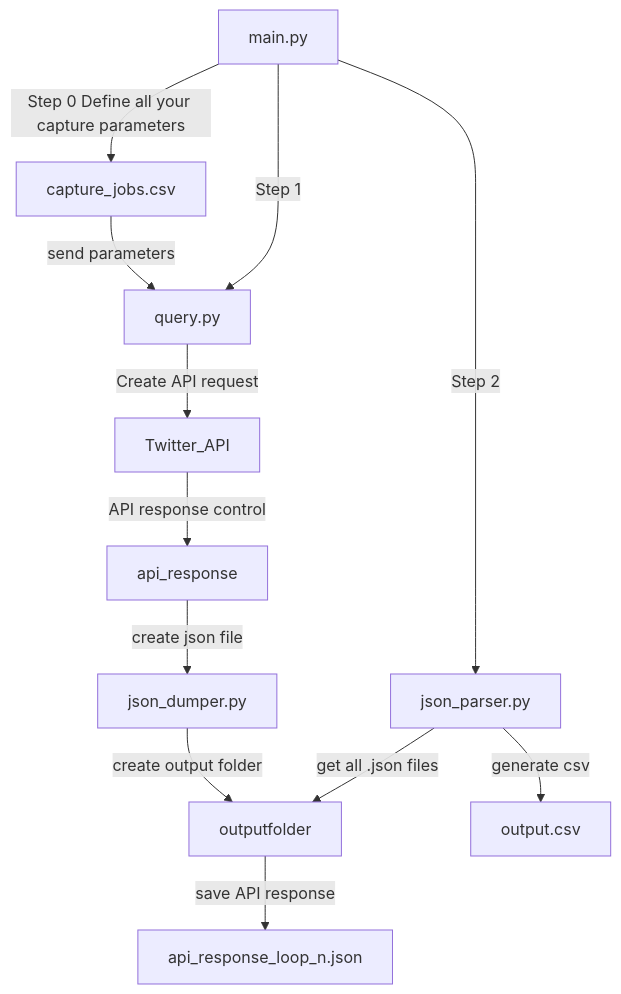
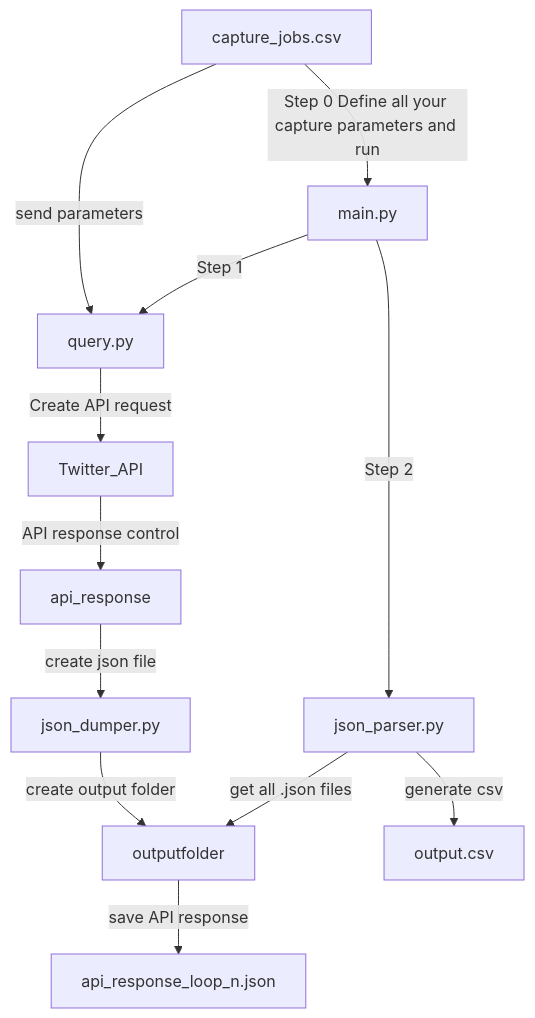
The diagram in README.md (AdriaPadilla/Twitter-API-V2-full-archive-Search-academics), drawn with Mermaid before and after one commit.

````diff
--- a/README.md
+++ b/README.md
@@ -63,15 +63,15 @@
 ```mermaid  
 graph TD;  
-	main.py -->|Step 0 Define all your capture parameters| capture_jobs.csv;
+	capture_jobs.csv -->|Step 0 Define all your capture parameters and run| main.py;
 	capture_jobs.csv -->|send parameters| query.py;
 	main.py -->|Step 1| query.py;
 	query.py -->|Create API request| Twitter_API;
 	Twitter_API --> |API response control|api_response;
 	api_response --> |create json file|json_dumper.py;
 	main.py -->|Step 2| json_parser.py;
 	json_dumper.py -->|create output folder|outputfolder;
 	outputfolder -->|save API response|api_response_loop_n.json;
 	json_parser.py -->|get all .json files|outputfolder;
 	json_parser.py -->|generate csv| output.csv;
 	
 ```
````
